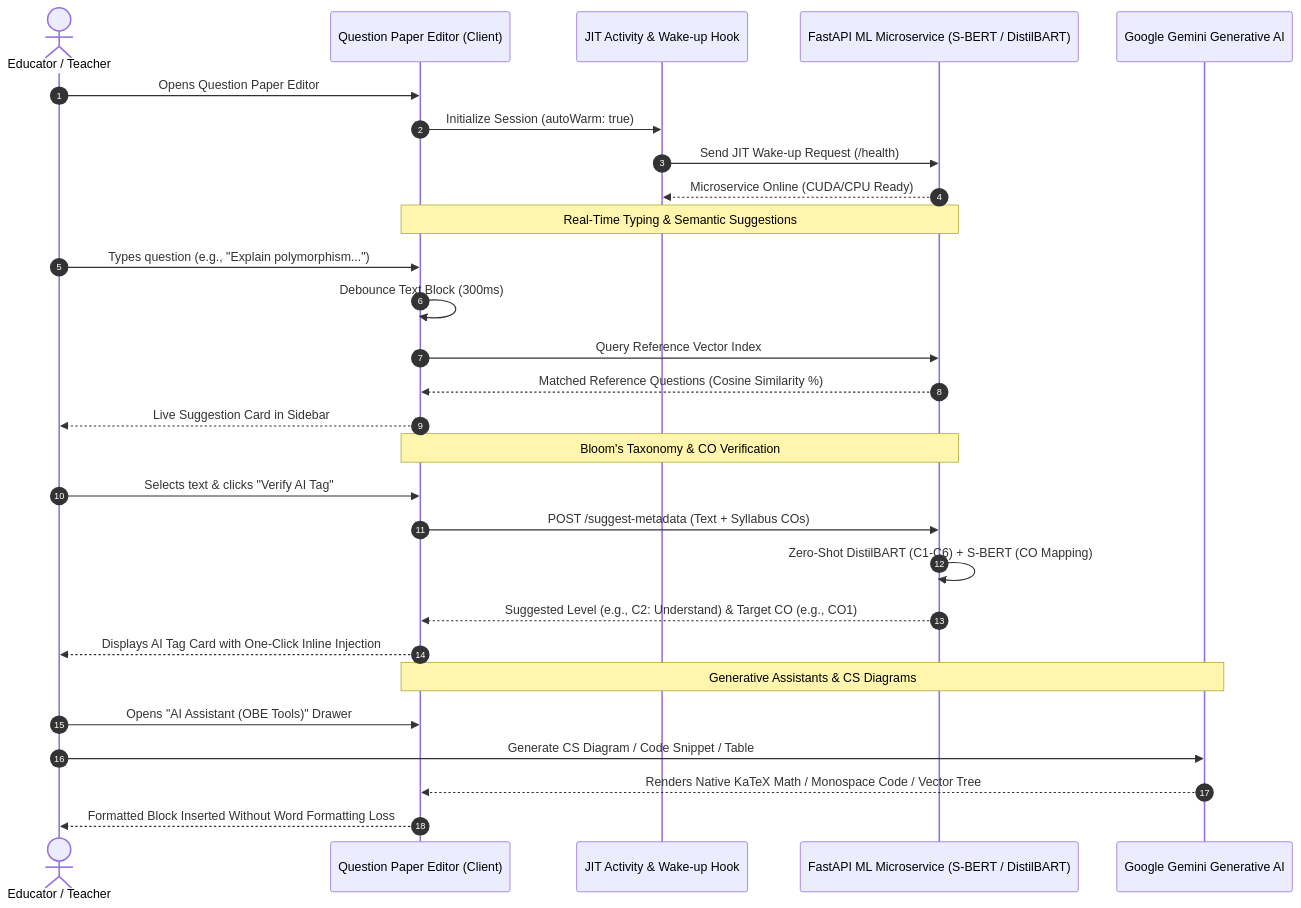
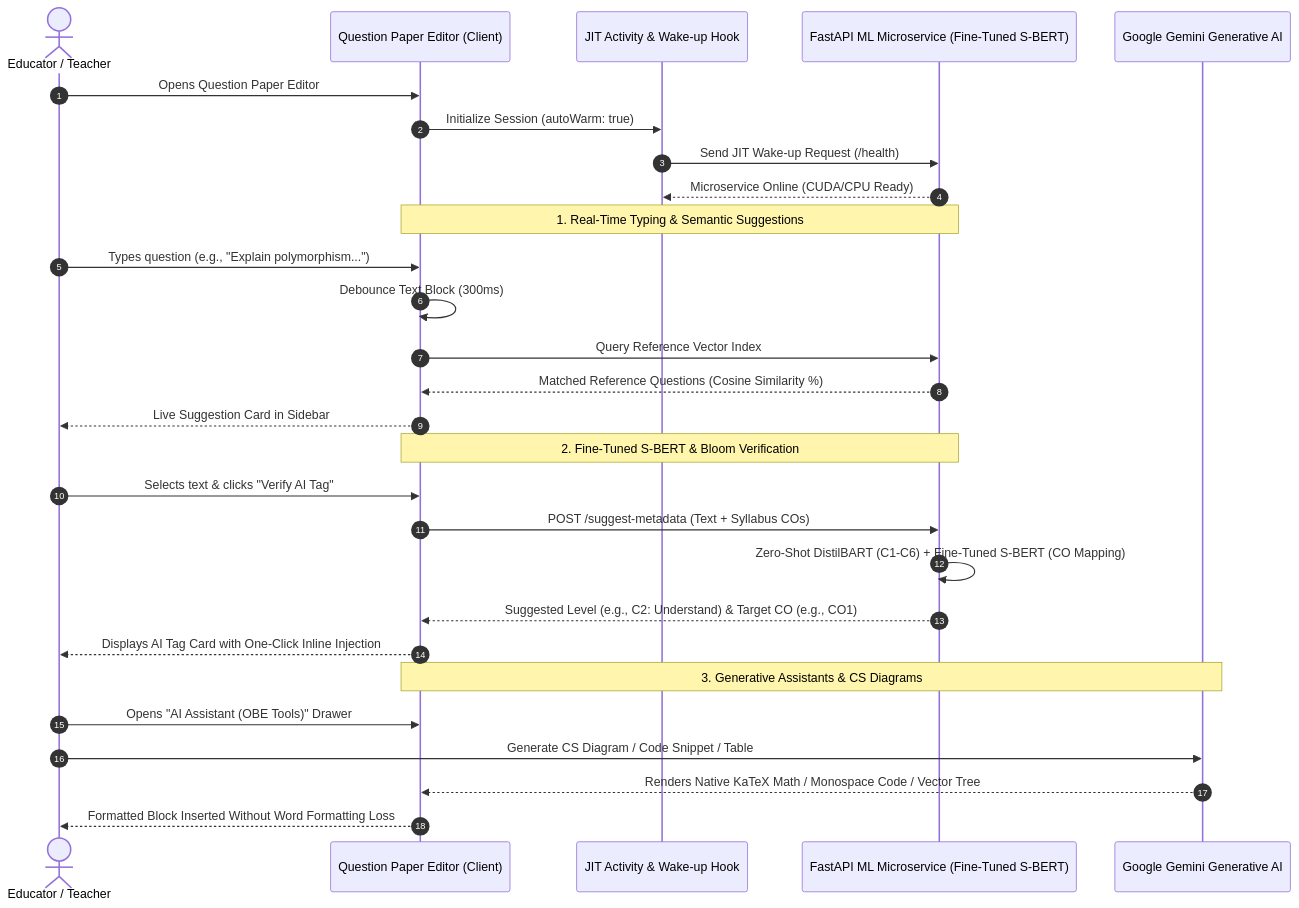
The third of 6 diagrams in README.md (sarkarjoy86/Student-Outcome-Analyzer), drawn with Mermaid before and after one commit. The commit also changed other lines of this file, not shown here.

Commit message:
Harmonize Teacher Dashboard architecture diagram style, prioritize ML suite with fine-tuning dataset details, spotlight CS Diagram Studio & Code analyzer, and deepen BAETE-aligned report analytics

````diff
--- a/README.md
+++ b/README.md
@@ -209,34 +203,34 @@
 ```mermaid
 sequenceDiagram
     autonumber
     actor Teacher as Educator / Teacher
     participant Editor as Question Paper Editor (Client)
     participant WakeHook as JIT Activity & Wake-up Hook
-    participant LocalML as FastAPI ML Microservice (S-BERT / DistilBART)
+    participant LocalML as FastAPI ML Microservice (Fine-Tuned S-BERT)
     participant CloudAI as Google Gemini Generative AI
 
     Teacher->>Editor: Opens Question Paper Editor
     Editor->>WakeHook: Initialize Session (autoWarm: true)
     WakeHook->>LocalML: Send JIT Wake-up Request (/health)
     LocalML-->>WakeHook: Microservice Online (CUDA/CPU Ready)
     
-    Note over Editor,LocalML: Real-Time Typing & Semantic Suggestions
+    Note over Editor,LocalML: 1. Real-Time Typing & Semantic Suggestions
     Teacher->>Editor: Types question (e.g., "Explain polymorphism...")
     Editor->>Editor: Debounce Text Block (300ms)
     Editor->>LocalML: Query Reference Vector Index
     LocalML-->>Editor: Matched Reference Questions (Cosine Similarity %)
     Editor-->>Teacher: Live Suggestion Card in Sidebar
 
-    Note over Editor,LocalML: Bloom's Taxonomy & CO Verification
+    Note over Editor,LocalML: 2. Fine-Tuned S-BERT & Bloom Verification
     Teacher->>Editor: Selects text & clicks "Verify AI Tag"
     Editor->>LocalML: POST /suggest-metadata (Text + Syllabus COs)
-    LocalML->>LocalML: Zero-Shot DistilBART (C1-C6) + S-BERT (CO Mapping)
+    LocalML->>LocalML: Zero-Shot DistilBART (C1-C6) + Fine-Tuned S-BERT (CO Mapping)
     LocalML-->>Editor: Suggested Level (e.g., C2: Understand) & Target CO (e.g., CO1)
     Editor-->>Teacher: Displays AI Tag Card with One-Click Inline Injection
 
-    Note over Editor,CloudAI: Generative Assistants & CS Diagrams
+    Note over Editor,CloudAI: 3. Generative Assistants & CS Diagrams
     Teacher->>Editor: Opens "AI Assistant (OBE Tools)" Drawer
     Teacher->>CloudAI: Generate CS Diagram / Code Snippet / Table
     CloudAI-->>Editor: Renders Native KaTeX Math / Monospace Code / Vector Tree
     Editor-->>Teacher: Formatted Block Inserted Without Word Formatting Loss
 ```
````
